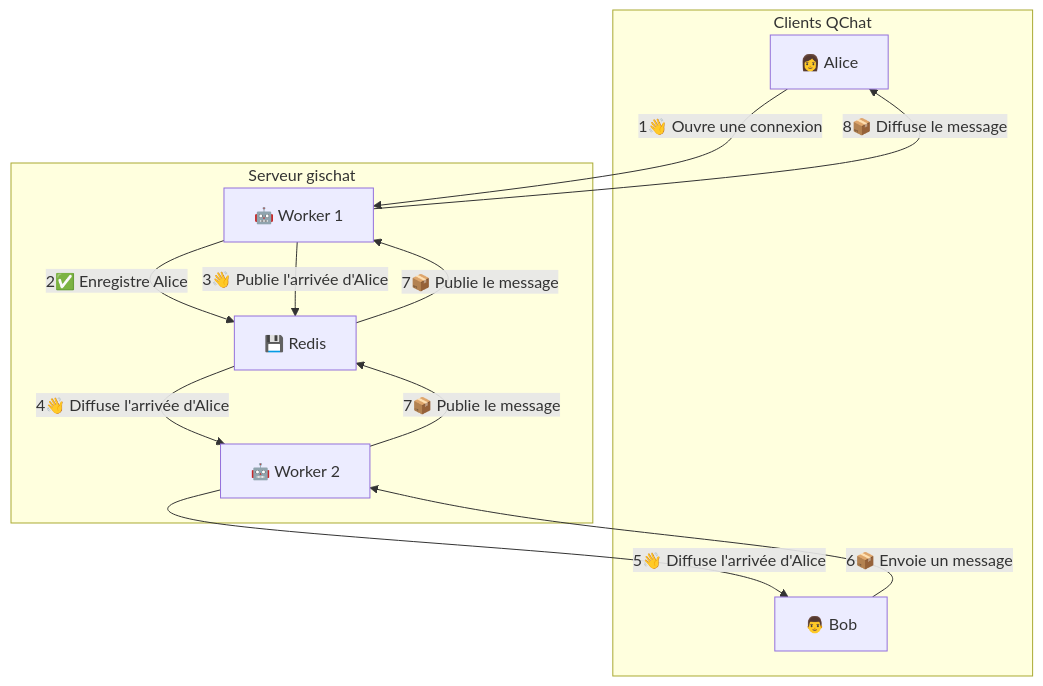
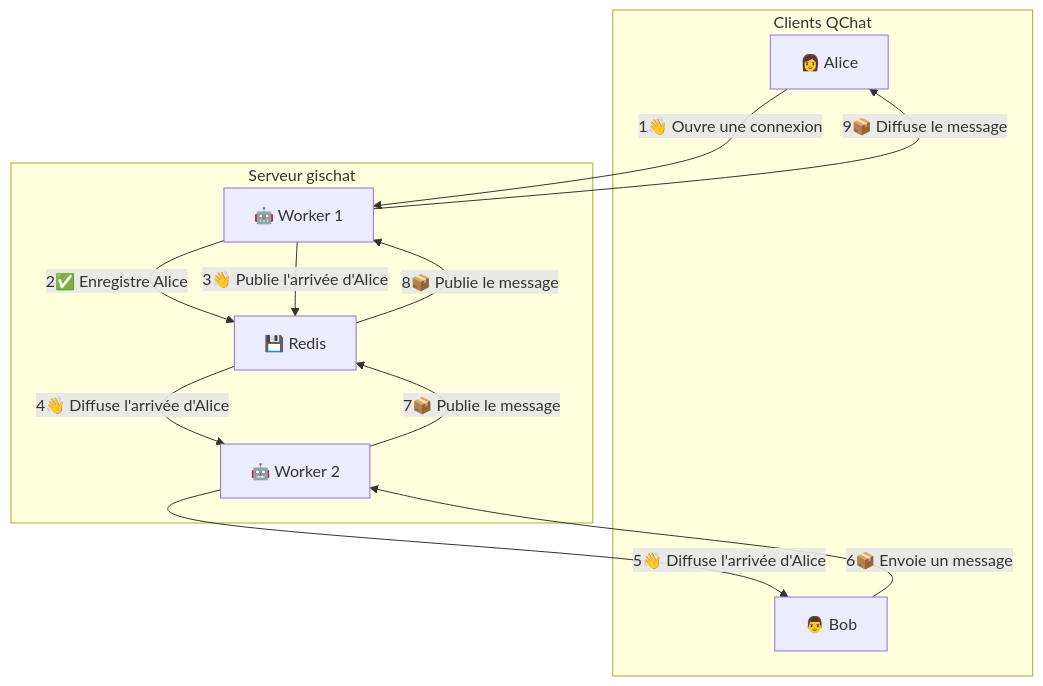
Before and after one commit to geotribu/website: the diagram in content/articles/2025/2025-09-03_refonte_qchat.md, drawn with Mermaid. The commit also changed other lines of this file, not shown here.

Commit message:
edit(article): modif conclusion

````diff
--- a/content/articles/2025/2025-09-03_refonte_qchat.md
+++ b/content/articles/2025/2025-09-03_refonte_qchat.md
@@ -64,25 +64,25 @@
 ```mermaid
 graph TD
     subgraph Clients QChat
         QGIS1[👩 Alice]
         QGIS2[👨 Bob]
     end
     subgraph Serveur gischat
         Worker1[🤖 Worker 1]
         Worker2[🤖 Worker 2]
         Redis[💾 Redis]
     end
 
     QGIS1 --> |1👋 Ouvre une connexion| Worker1
     Worker1 --> |2✅ Enregistre Alice| Redis
     Worker1 --> |3👋 Publie l'arrivée d'Alice| Redis
 
     Redis --> |4👋 Diffuse l'arrivée d'Alice| Worker2
     Worker2 --> |5👋 Diffuse l'arrivée d'Alice| QGIS2
 
     QGIS2 --> |6📦 Envoie un message| Worker2
     Worker2 --> |7📦 Publie le message| Redis
-    Redis --> |7📦 Publie le message| Worker1
-    Worker1 --> |8📦 Diffuse le message| QGIS1
+    Redis --> |8📦 Publie le message| Worker1
+    Worker1 --> |9📦 Diffuse le message| QGIS1
 
 ```
````
